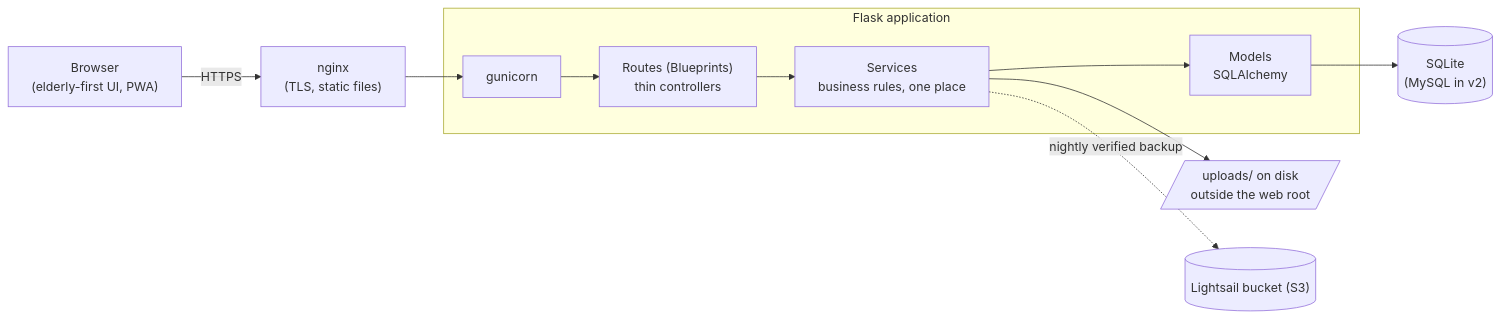
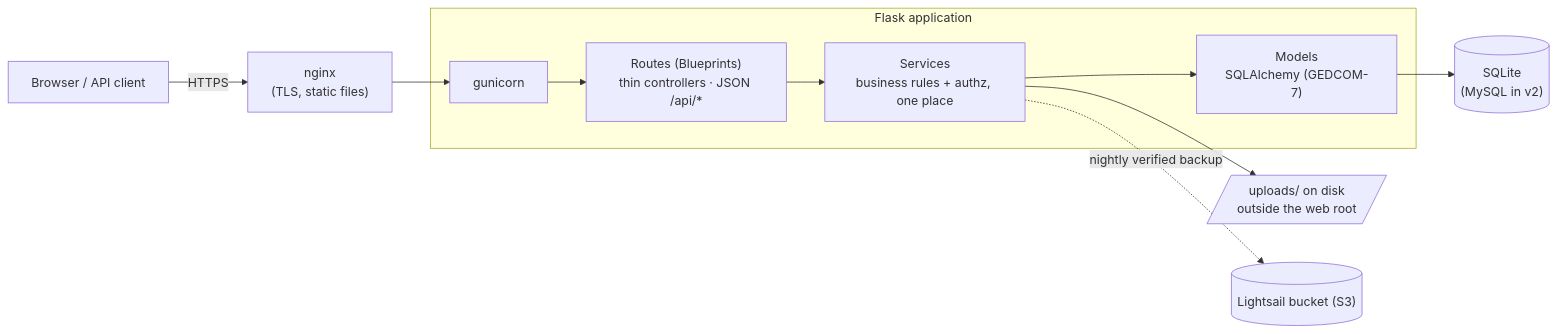
The diagram in README.md (pseudokoder/FamilyHub), drawn with Mermaid before and after one commit. The commit also changed other lines of this file and 1 other file, not shown here.

First line of the commit message:
docs: WP2 — refresh README to the GEDCOM-7 direction + add DEVDIARY_BE WP2 chapter

````diff
--- a/README.md
+++ b/README.md
@@ -39,13 +59,13 @@
 ```mermaid
 flowchart LR
-    B["Browser<br/>(elderly-first UI, PWA)"] -->|HTTPS| N["nginx<br/>(TLS, static files)"]
+    B["Browser / API client"] -->|HTTPS| N["nginx<br/>(TLS, static files)"]
     N --> G[gunicorn]
     subgraph Flask application
-        G --> R["Routes (Blueprints)<br/>thin controllers"]
-        R --> S["Services<br/>business rules, one place"]
-        S --> M["Models<br/>SQLAlchemy"]
+        G --> R["Routes (Blueprints)<br/>thin controllers · JSON /api/*"]
+        R --> S["Services<br/>business rules + authz, one place"]
+        S --> M["Models<br/>SQLAlchemy (GEDCOM-7)"]
     end
     M --> D[("SQLite<br/>(MySQL in v2)")]
     S --> U[/"uploads/ on disk<br/>outside the web root"/]
     S -. "nightly verified backup" .-> S3[("Lightsail bucket (S3)")]
 ```
````
